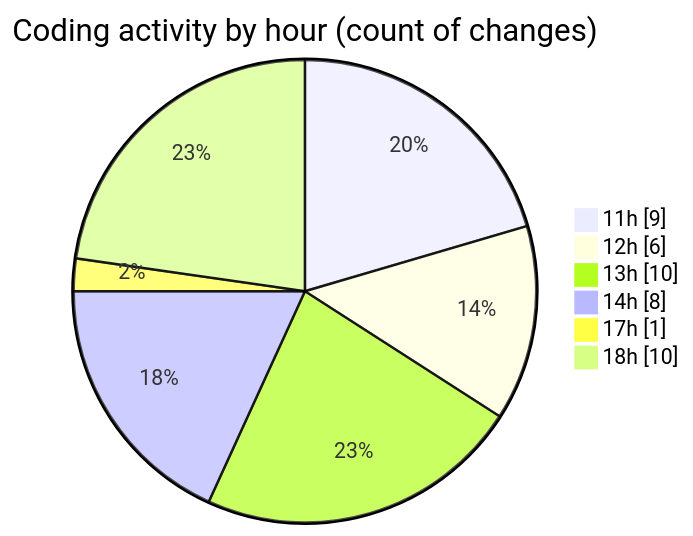
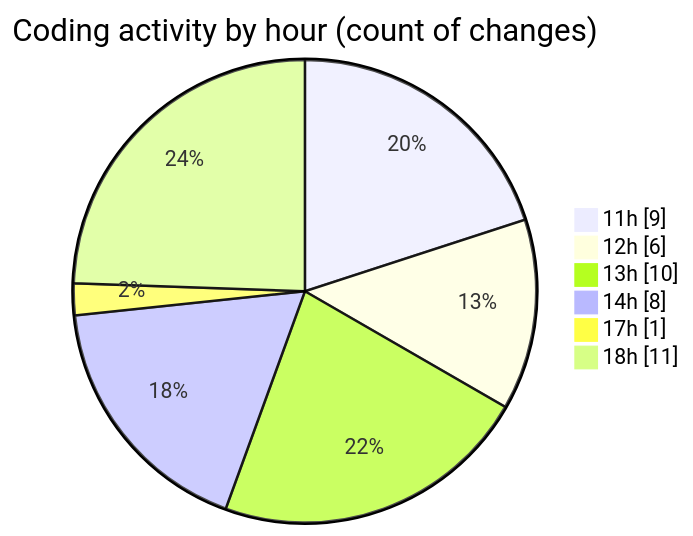
Before and after one commit to BS-eng2023/code-tracking: the second of 2 diagrams in 2025-05-08/recipe-app/README.md, drawn with Mermaid. The commit also changed other lines of this file and 1 other file, not shown here.

````diff
--- a/2025-05-08/recipe-app/README.md
+++ b/2025-05-08/recipe-app/README.md
@@ -35,10 +35,10 @@
 ```mermaid
 pie showData
 title Coding activity by hour (count of changes)
 "11h" : 9
 "12h" : 6
 "13h" : 10
 "14h" : 8
 "17h" : 1
-"18h" : 10
+"18h" : 11
 ```
````
